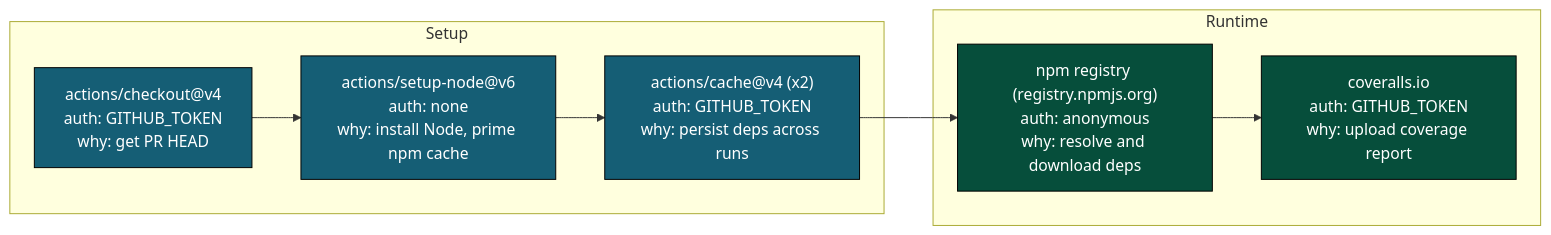
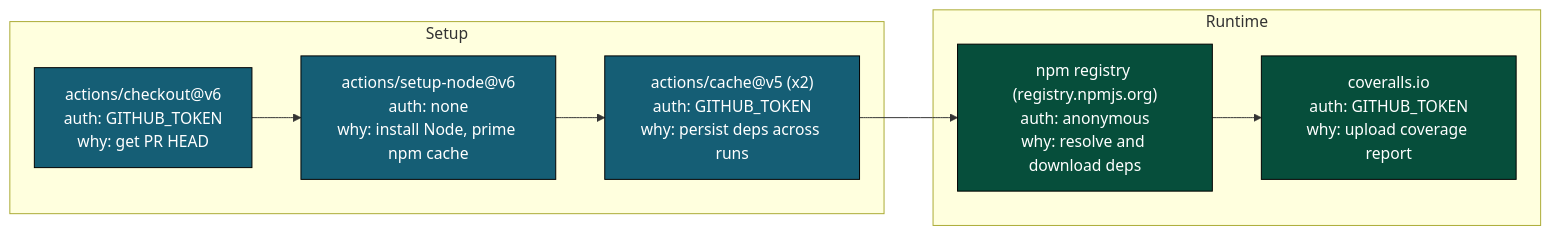
One commit to llm-exe/llm-exe changed the sixth of 9 diagrams in .github/docs/TESTS_DEEP_DIVE.md. Above: the diagram before and after it, drawn with Mermaid. The commit also changed other lines of this file and 19 other files, not shown here.

First line of the commit message:
Update GitHub Actions to use latest versions of create-github-app-token and checkout actions

````diff
--- a/.github/docs/TESTS_DEEP_DIVE.md
+++ b/.github/docs/TESTS_DEEP_DIVE.md
@@ -246,20 +246,20 @@
 ```mermaid
 flowchart LR
     classDef setup fill:#155e75,color:#fff,stroke:#000
     classDef ext fill:#064e3b,color:#fff,stroke:#000
     classDef auth fill:#374151,color:#fff,stroke:#000
 
     subgraph Setup
-        s1["actions/checkout@v4\nauth: GITHUB_TOKEN\nwhy: get PR HEAD"]:::setup
+        s1["actions/checkout@v6\nauth: GITHUB_TOKEN\nwhy: get PR HEAD"]:::setup
         s2["actions/setup-node@v6\nauth: none\nwhy: install Node, prime npm cache"]:::setup
-        s3["actions/cache@v4 (x2)\nauth: GITHUB_TOKEN\nwhy: persist deps across runs"]:::setup
+        s3["actions/cache@v5 (x2)\nauth: GITHUB_TOKEN\nwhy: persist deps across runs"]:::setup
     end
 
     subgraph Runtime
         r1["npm registry (registry.npmjs.org)\nauth: anonymous\nwhy: resolve and download deps"]:::ext
         r2["coveralls.io\nauth: GITHUB_TOKEN\nwhy: upload coverage report"]:::ext
     end
 
     s1 --> s2 --> s3 --> r1
     r1 --> r2
 ```
````
